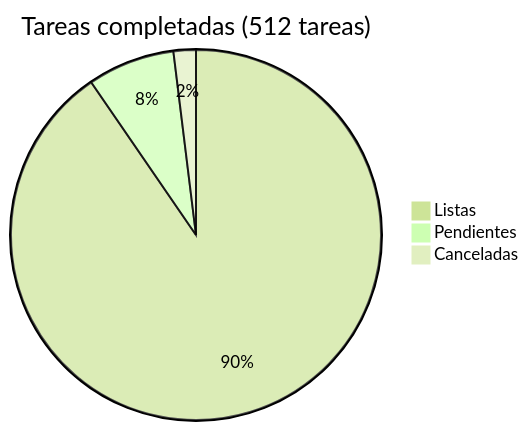
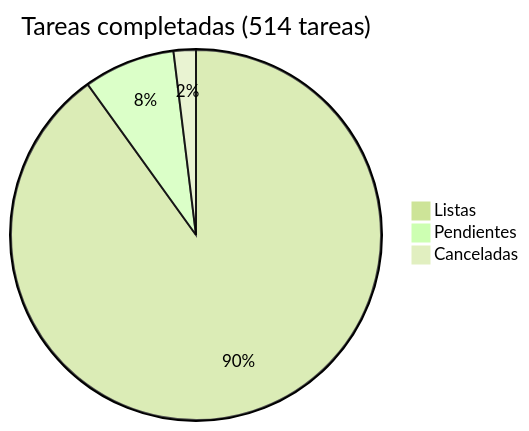
The diagram in docs/roadmap/README.md (araguaney-lat/araguaney), drawn with Mermaid (forest theme) before and after one commit. The commit also changed other lines of this file and 1 other file, not shown here.

Commit message:
docs: give each migration risk its symptom and repair, and add the Google block
Breaking something during the move is acceptable today; leaving it broken is
not. Each risk now names how it shows up and how it is repaired, the plan
maps what changes on each platform, and a final block covers Play Console,
Search Console, Analytics and Sentry.

````diff
--- a/docs/roadmap/README.md
+++ b/docs/roadmap/README.md
@@ -5,6 +5,6 @@
 ```mermaid
-pie title Tareas completadas (512 tareas)
+pie title Tareas completadas (514 tareas)
     "Listas" : 463
-    "Pendientes" : 39
+    "Pendientes" : 41
     "Canceladas" : 10
 ```
````
